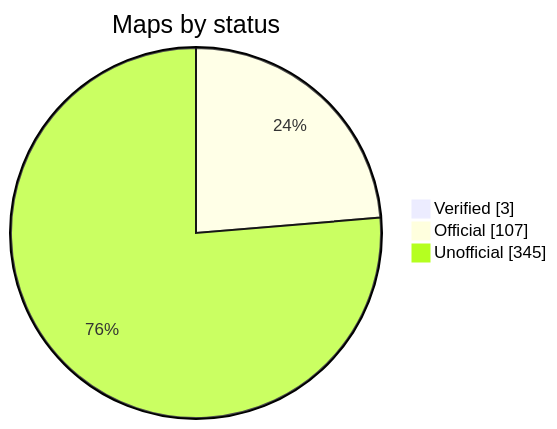
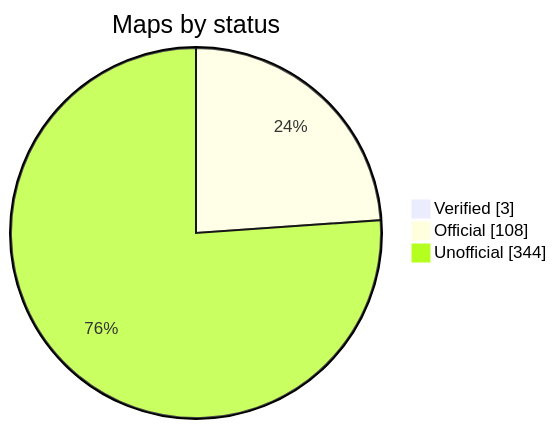
The diagram in README.md (nobrega8/mbmap-library), drawn with Mermaid before and after one commit. The commit also changed 1 other file, not shown here.

Commit message:
Rebuild the index

````diff
--- a/README.md
+++ b/README.md
@@ -48,7 +48,7 @@
 ```mermaid
 pie showData
     title Maps by status
     "Verified" : 3
-    "Official" : 107
-    "Unofficial" : 345
+    "Official" : 108
+    "Unofficial" : 344
 ```
````
